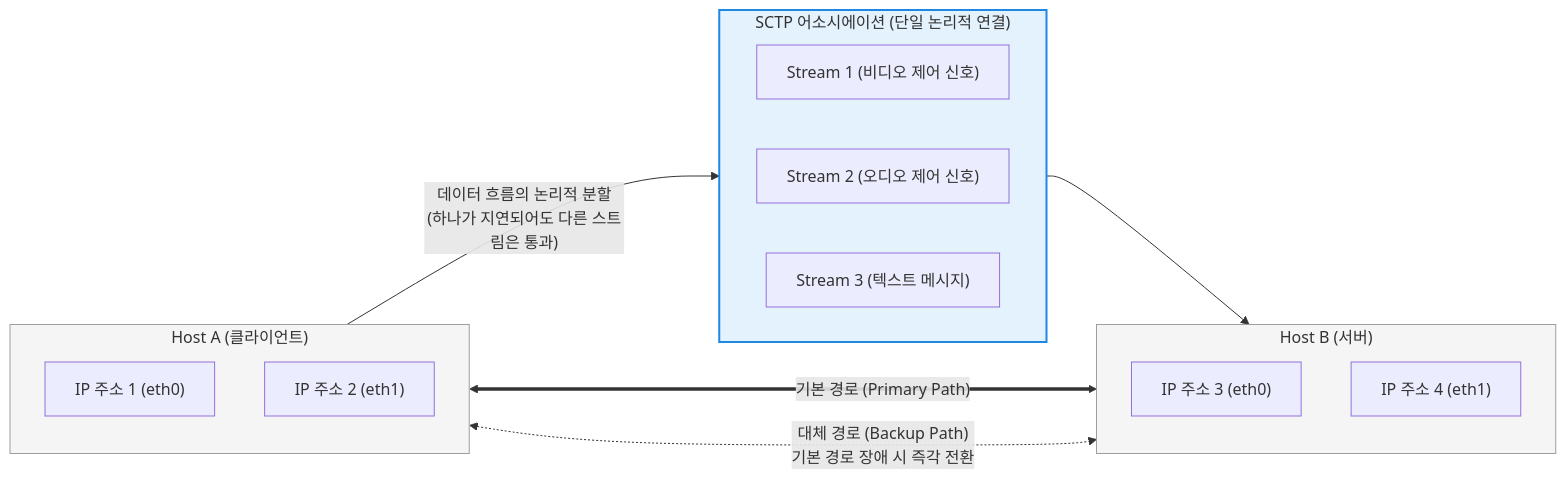
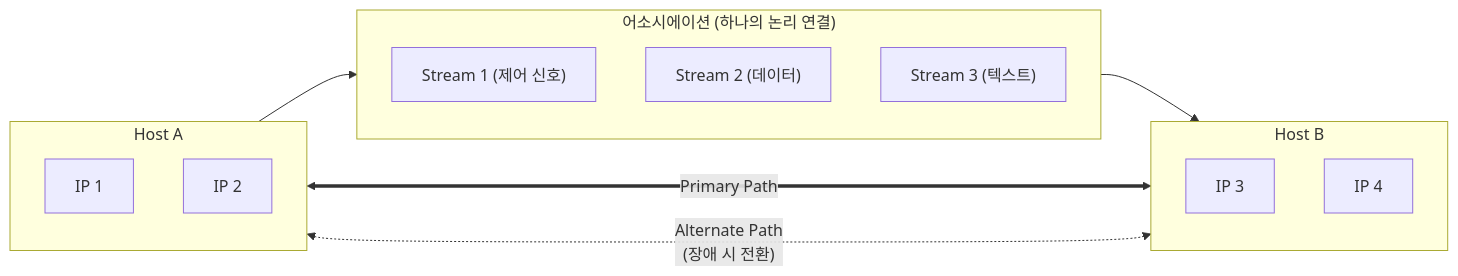
Before and after one commit to supremethumb/supremethumb.github.io: the diagram in content/01_IT Tech/SCTP (Stream Control Transmission Protocol).md, drawn with Mermaid. The commit also changed other lines of this file and 1087 other files, not shown here.

````diff
--- a/content/01_IT Tech/SCTP (Stream Control Transmission Protocol).md
+++ b/content/01_IT Tech/SCTP (Stream Control Transmission Protocol).md
@@ -29,32 +36,22 @@
 ```mermaid
 flowchart LR
-    subgraph Host_A ["Host A (클라이언트)"]
+    subgraph A["Host A"]
         direction TB
-        IP_A1["IP 주소 1 (eth0)"]
-        IP_A2["IP 주소 2 (eth1)"]
+        A1["IP 1"]
+        A2["IP 2"]
     end
-
-    subgraph Host_B ["Host B (서버)"]
+    subgraph AS["어소시에이션 (하나의 논리 연결)"]
         direction TB
-        IP_B1["IP 주소 3 (eth0)"]
-        IP_B2["IP 주소 4 (eth1)"]
+        S1["Stream 1 (제어 신호)"]
+        S2["Stream 2 (데이터)"]
+        S3["Stream 3 (텍스트)"]
     end
-
-    subgraph SCTP_Association ["SCTP 어소시에이션 (단일 논리적 연결)"]
-        direction LR
-        Stream1["Stream 1 (비디오 제어 신호)"]
-        Stream2["Stream 2 (오디오 제어 신호)"]
-        Stream3["Stream 3 (텍스트 메시지)"]
+    subgraph B["Host B"]
+        direction TB
+        B1["IP 3"]
+        B2["IP 4"]
     end
-
-    IP_A1 <== "기본 경로 (Primary Path)" ==> IP_B1
-    IP_A2 <-. "대체 경로 (Backup Path)<br/>기본 경로 장애 시 즉각 전환" .-> IP_B2
-
-    Host_A -- "데이터 흐름의 논리적 분할<br/>(하나가 지연되어도 다른 스트림은 통과)" --> SCTP_Association
-    SCTP_Association --> Host_B
-    
-    style SCTP_Association fill:#e3f2fd,stroke:#1e88e5,stroke-width:2px
-    style Host_A fill:#f5f5f5,stroke:#9e9e9e
-    style Host_B fill:#f5f5f5,stroke:#9e9e9e
-
+    A1 <== "Primary Path" ==> B1
+    A2 <-. "Alternate Path<br/>(장애 시 전환)" .-> B2
+    A --> AS --> B
 ```
````
